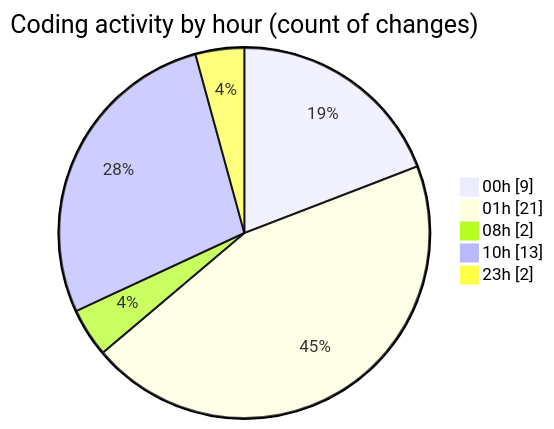
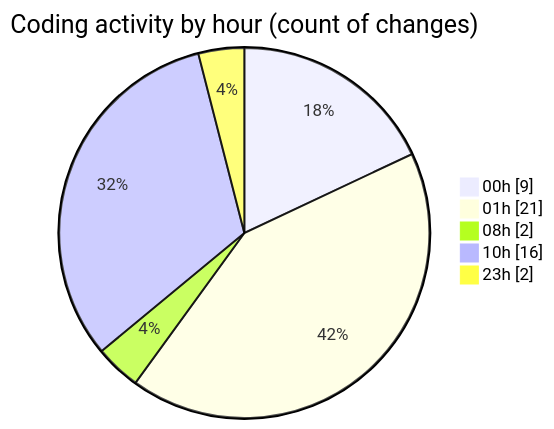
Before and after one commit to Elitesun/code-tracking: the second of 2 diagrams in 2025-01-31/react/README.md, drawn with Mermaid. The commit also changed other lines of this file and 1 other file, not shown here.

````diff
--- a/2025-01-31/react/README.md
+++ b/2025-01-31/react/README.md
@@ -40,9 +42,9 @@
 ```mermaid
 pie showData
 title Coding activity by hour (count of changes)
 "00h" : 9
 "01h" : 21
 "08h" : 2
-"10h" : 13
+"10h" : 16
 "23h" : 2
 ```
````
